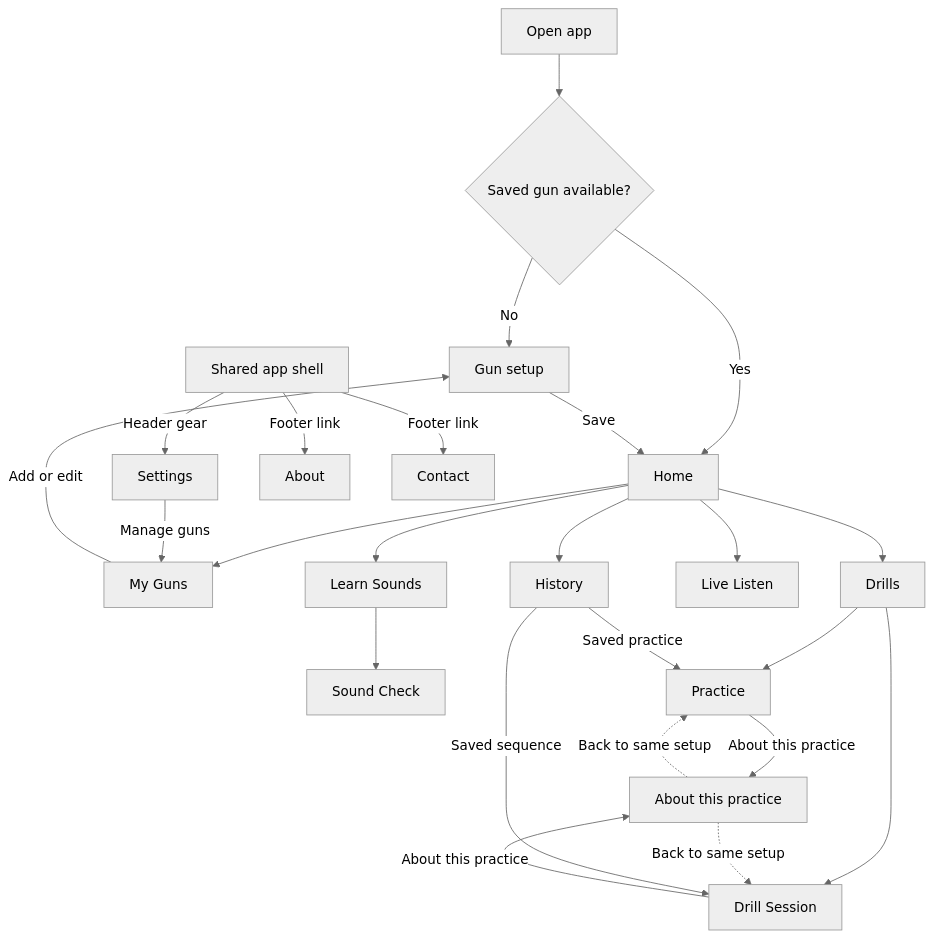
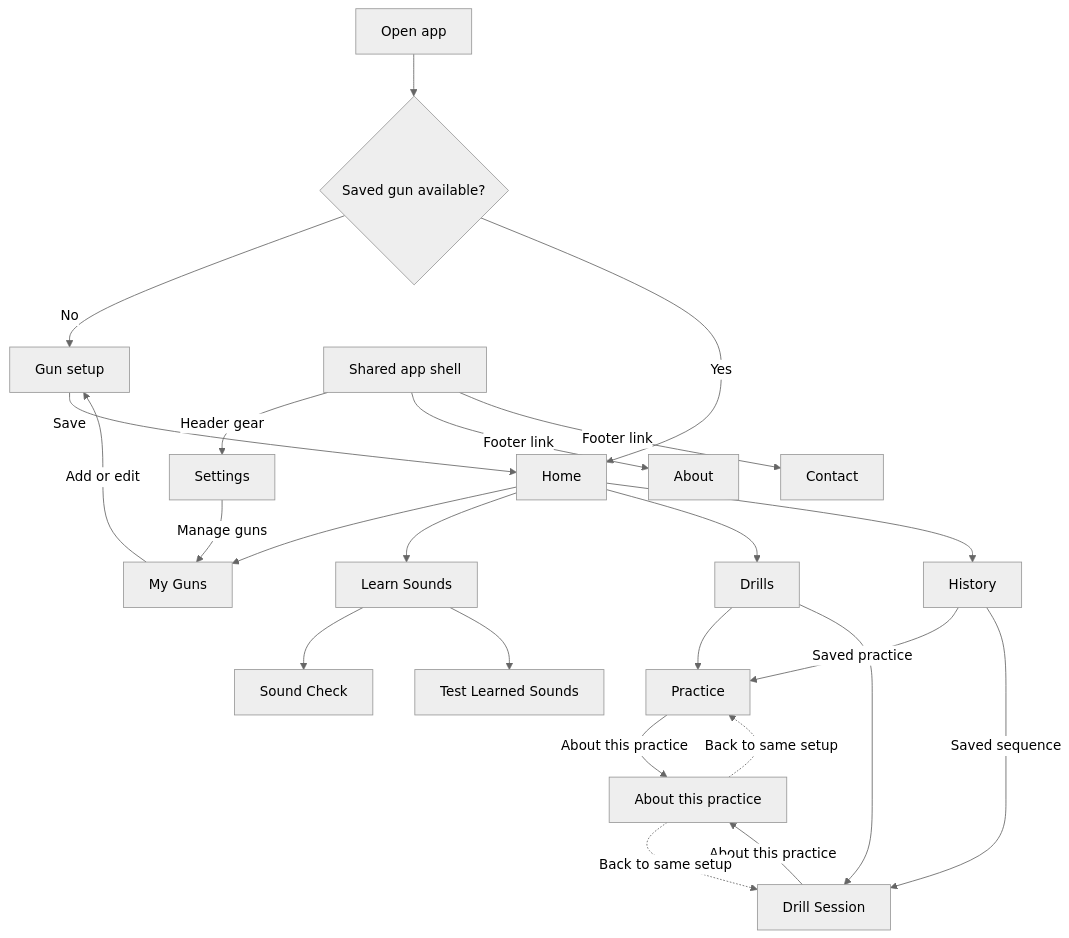
One commit to matosaru/dryfire changed the diagram in docs/architecture/application-sitemap.md. Above: the diagram before and after it, drawn with Mermaid (neutral theme). The commit also changed other lines of this file and 587 other files, not shown here.

Commit message:
feat: move learned sound test under Learn

````diff
--- a/docs/architecture/application-sitemap.md
+++ b/docs/architecture/application-sitemap.md
@@ -7,40 +7,40 @@
 ```mermaid
 flowchart TD
   entry["Open app"] --> saved{"Saved gun available?"}
   saved -- No --> gunSetup
   saved -- Yes --> home
   gunSetup["Gun setup"]
   home["Home"]
   guns["My Guns"]
   learn["Learn Sounds"]
   soundCheck["Sound Check"]
   drills["Drills"]
   practice["Practice"]
   session["Drill Session"]
   practiceGuide["About this practice"]
-  recognize["Live Listen"]
+  recognize["Test Learned Sounds"]
   history["History"]
   settings["Settings"]
   about["About"]
   contact["Contact"]
   gunSetup -- Save --> home
   home --> guns
   home --> learn
   learn --> soundCheck
   home --> drills
   drills --> practice
   drills --> session
-  home --> recognize
+  learn --> recognize
   home --> history
   guns -- Add or edit --> gunSetup
   practice -- About this practice --> practiceGuide
   session -- About this practice --> practiceGuide
   practiceGuide -. Back to same setup .-> practice
   practiceGuide -. Back to same setup .-> session
   history -- Saved practice --> practice
   history -- Saved sequence --> session
   chrome["Shared app shell"] -- Header gear --> settings
   chrome -- Footer link --> about
   chrome -- Footer link --> contact
   settings -- Manage guns --> guns
 ```
````
